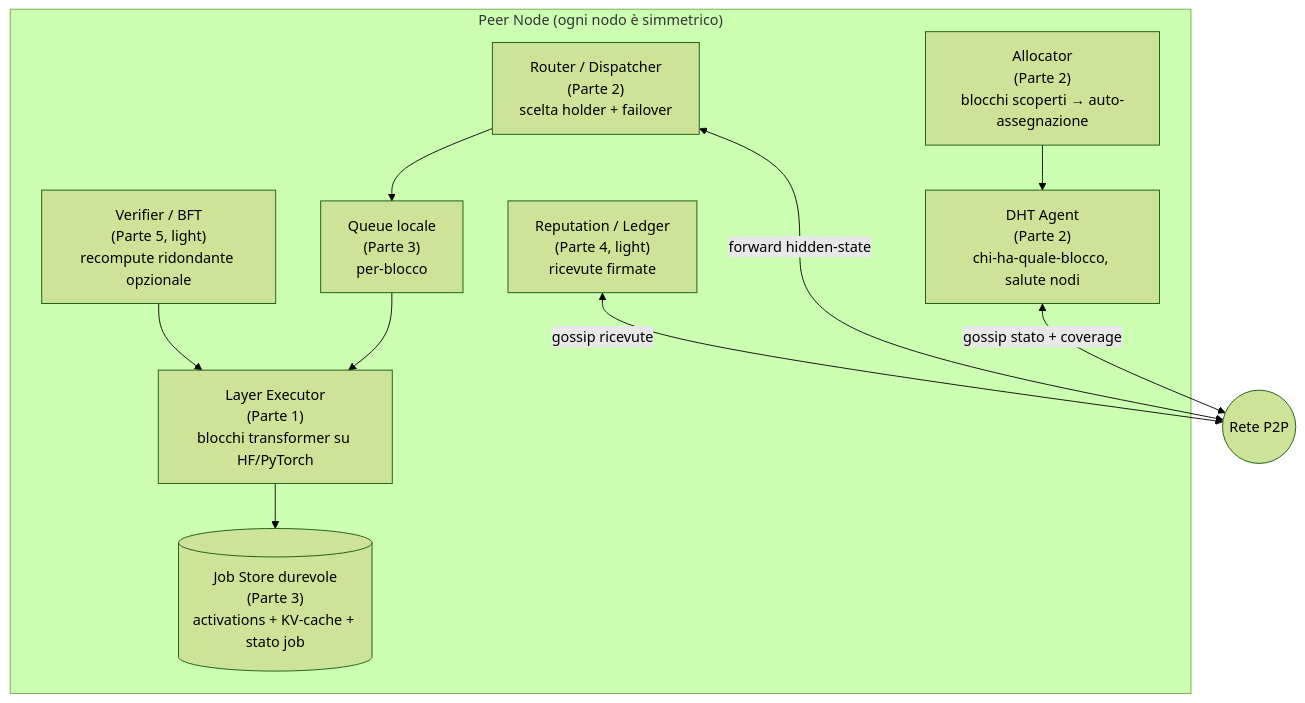
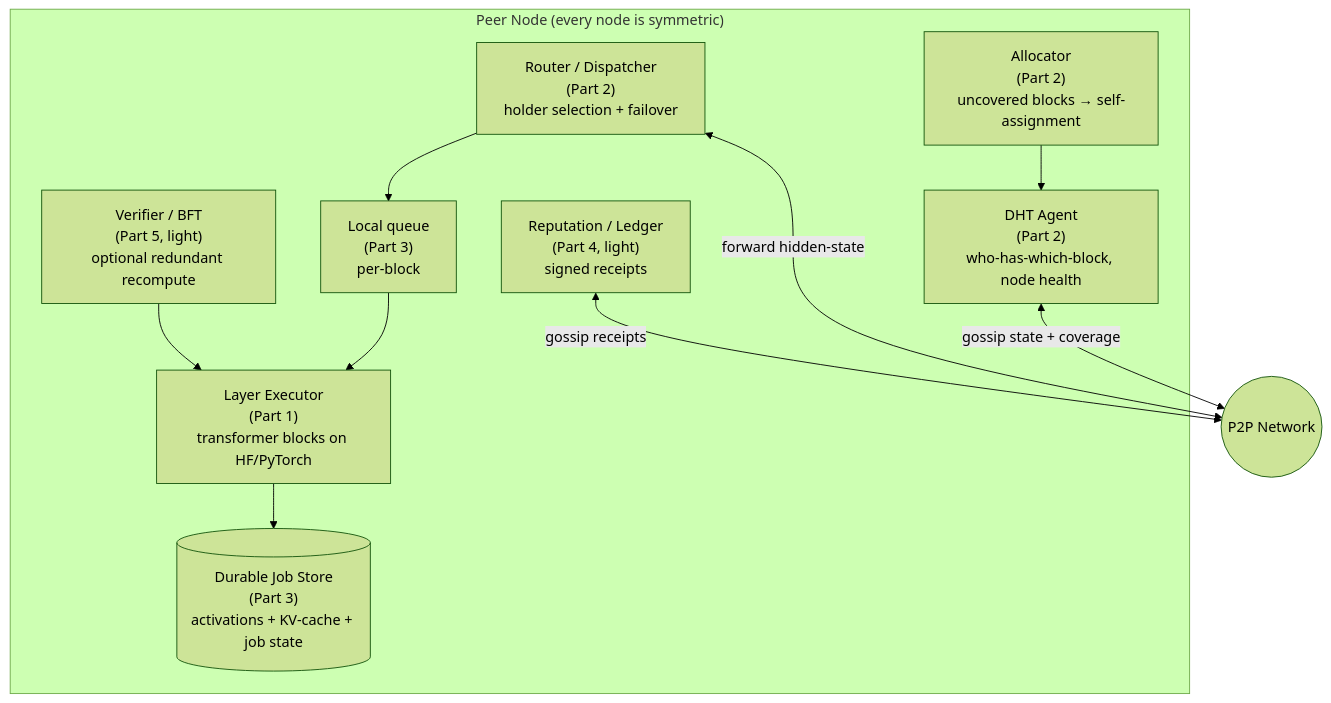
Before and after one commit to babelfornet/eujeno: the first of 3 diagrams in docs/00-vision-architecture.md, drawn with Mermaid (forest theme). The commit also changed other lines of this file and 34 other files, not shown here.

````diff
--- a/docs/00-vision-architecture.md
+++ b/docs/00-vision-architecture.md
@@ -63,22 +63,22 @@
 ```mermaid
 graph TB
-    subgraph Node["Peer Node (ogni nodo è simmetrico)"]
-        LE["Layer Executor<br/>(Parte 1)<br/>blocchi transformer su HF/PyTorch"]
-        JS[("Job Store durevole<br/>(Parte 3)<br/>activations + KV-cache + stato job")]
-        DHT["DHT Agent<br/>(Parte 2)<br/>chi-ha-quale-blocco, salute nodi"]
-        RT["Router / Dispatcher<br/>(Parte 2)<br/>scelta holder + failover"]
-        Q["Queue locale<br/>(Parte 3)<br/>per-blocco"]
-        ALLOC["Allocator<br/>(Parte 2)<br/>blocchi scoperti → auto-assegnazione"]
-        REP["Reputation / Ledger<br/>(Parte 4, light)<br/>ricevute firmate"]
-        SEC["Verifier / BFT<br/>(Parte 5, light)<br/>recompute ridondante opzionale"]
+    subgraph Node["Peer Node (every node is symmetric)"]
+        LE["Layer Executor<br/>(Part 1)<br/>transformer blocks on HF/PyTorch"]
+        JS[("Durable Job Store<br/>(Part 3)<br/>activations + KV-cache + job state")]
+        DHT["DHT Agent<br/>(Part 2)<br/>who-has-which-block, node health"]
+        RT["Router / Dispatcher<br/>(Part 2)<br/>holder selection + failover"]
+        Q["Local queue<br/>(Part 3)<br/>per-block"]
+        ALLOC["Allocator<br/>(Part 2)<br/>uncovered blocks → self-assignment"]
+        REP["Reputation / Ledger<br/>(Part 4, light)<br/>signed receipts"]
+        SEC["Verifier / BFT<br/>(Part 5, light)<br/>optional redundant recompute"]
     end
 
-    DHT <-->|gossip stato + coverage| NET((Rete P2P))
+    DHT <-->|gossip state + coverage| NET((P2P Network))
     RT <-->|forward hidden-state| NET
-    REP <-->|gossip ricevute| NET
+    REP <-->|gossip receipts| NET
     LE --> JS
     Q --> LE
     RT --> Q
     ALLOC --> DHT
     SEC --> LE
 ```
````
